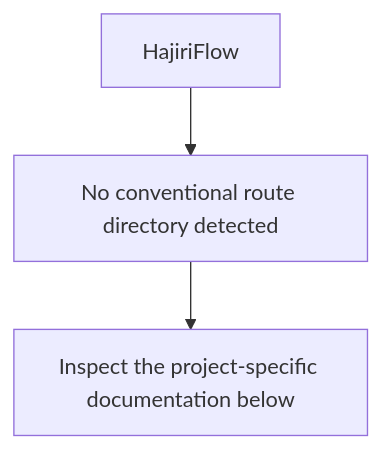
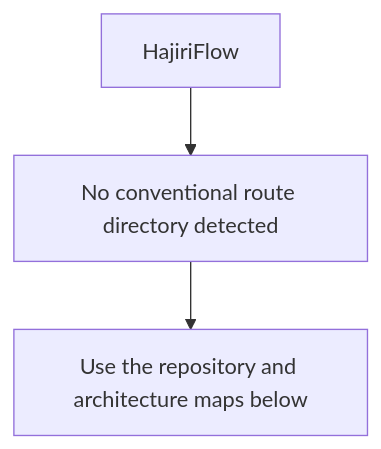
The second of 8 diagrams in README.md (Nischhalsubba/HajiriFlow), drawn with Mermaid before and after one commit. The commit also changed other lines of this file, not shown here.

````diff
--- a/README.md
+++ b/README.md
@@ -43,6 +81,6 @@
 ```mermaid
 flowchart TD
     APP["HajiriFlow"]
     APP --> SOURCE["No conventional route directory detected"]
-    SOURCE --> VERIFY["Inspect the project-specific documentation below"]
+    SOURCE --> GUIDE["Use the repository and architecture maps below"]
 ```
````
